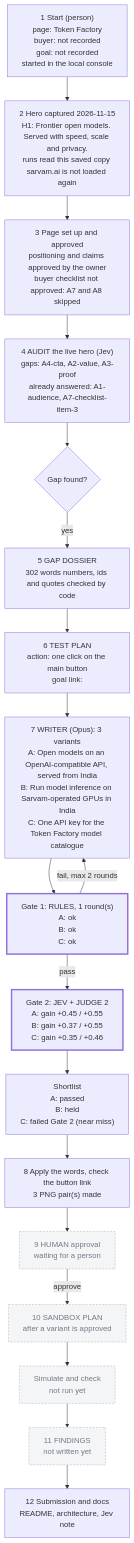
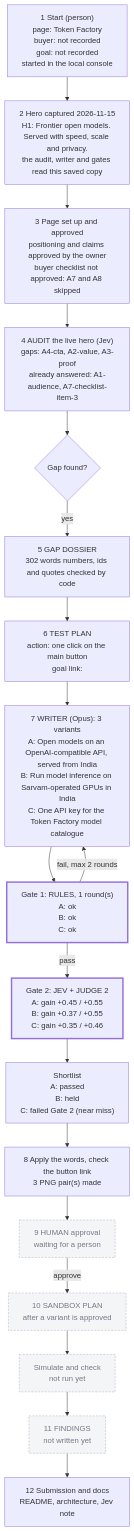
One commit to jtrnjn271994-cloud/sarvam-website-agent changed the diagram in pages/token-factory/runs/probe3-20261115-183113/RUN-FLOW.md. Above: the diagram before and after it, drawn with Mermaid. The commit also changed 36 other files, not shown here.

Commit message:
Edit PNGs drawn like a run's; docs state exactly when the live page is loaded; new Voice Agents run with its diagram

````diff
--- a/pages/token-factory/runs/probe3-20261115-183113/RUN-FLOW.md
+++ b/pages/token-factory/runs/probe3-20261115-183113/RUN-FLOW.md
@@ -5,29 +5,29 @@
 ```mermaid
 flowchart TD
     classDef todo fill:#f4f5f7,stroke:#aab,stroke-dasharray:4 3,color:#778
     classDef gate stroke-width:3px
     classDef stop fill:#FDE2E2,stroke:#D14B4B,color:#5a1010
     S["1 Start (person)<br/>page: Token Factory<br/>buyer: not recorded<br/>goal: not recorded<br/>started in the local console"]
-    C["2 Hero captured 2026-11-15<br/>H1: Frontier open models. Served with speed, scale and privacy.<br/>runs read this saved copy sarvam.ai is not loaded again"]
+    C["2 Hero captured 2026-11-15<br/>H1: Frontier open models. Served with speed, scale and privacy.<br/>the audit, writer and gates read this saved copy"]
     P["3 Page set up and approved<br/>positioning and claims approved by the owner<br/>buyer checklist not approved: A7 and A8 skipped"]
     A["4 AUDIT the live hero (Jev)<br/>gaps: A4-cta, A2-value, A3-proof<br/>already answered: A1-audience, A7-checklist-item-3"]
     D{"Gap found?"}
     H["5 GAP DOSSIER<br/>302 words numbers, ids and quotes checked by code"]
     T["6 TEST PLAN<br/>action: one click on the main button<br/>goal link:"]
     W["7 WRITER (Opus): 3 variants<br/>A: Open models on an OpenAI-compatible API, served from India<br/>B: Run model inference on Sarvam-operated GPUs in India<br/>C: One API key for the Token Factory model catalogue"]
     G1["Gate 1: RULES, 1 round(s)<br/>A: ok<br/>B: ok<br/>C: ok"]:::gate
     G2["Gate 2: JEV + JUDGE 2<br/>A: gain +0.45 / +0.55<br/>B: gain +0.37 / +0.55<br/>C: gain +0.35 / +0.46"]:::gate
     SL["Shortlist<br/>A: passed<br/>B: held<br/>C: failed Gate 2 (near miss)"]
     PX["8 Apply the words, check the button link<br/>3 PNG pair(s) made"]
     AP["9 HUMAN approval<br/>waiting for a person"]:::todo
     SP["10 SANDBOX PLAN<br/>after a variant is approved"]:::todo
     SB["Simulate and check<br/>not run yet"]:::todo
     FD["11 FINDINGS<br/>not written yet"]:::todo
     DOC["12 Submission and docs<br/>README, architecture, Jev note"]
     S --> C --> P --> A --> D
     D -- yes --> H --> T --> W --> G1
     G1 -- fail, max 2 rounds --> W
     G1 -- pass --> G2 --> SL
     SL --> PX --> AP
     AP -- approve --> SP --> SB --> FD --> DOC
 ```
````
